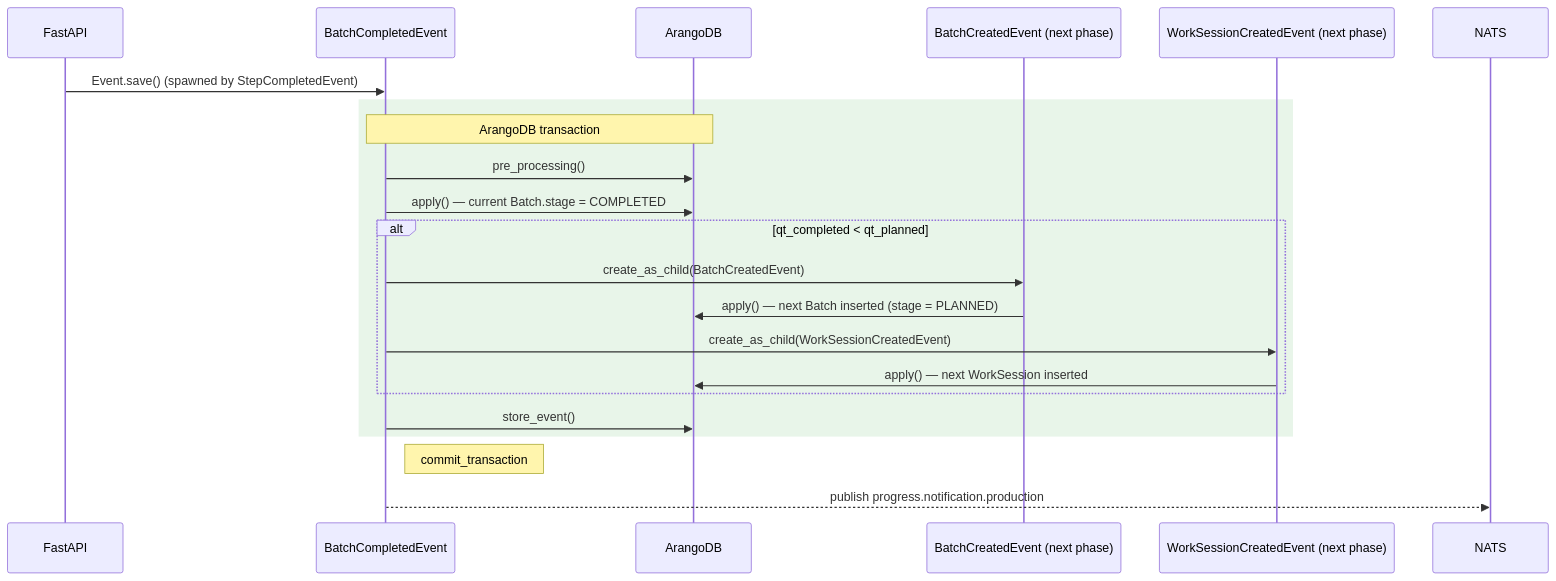
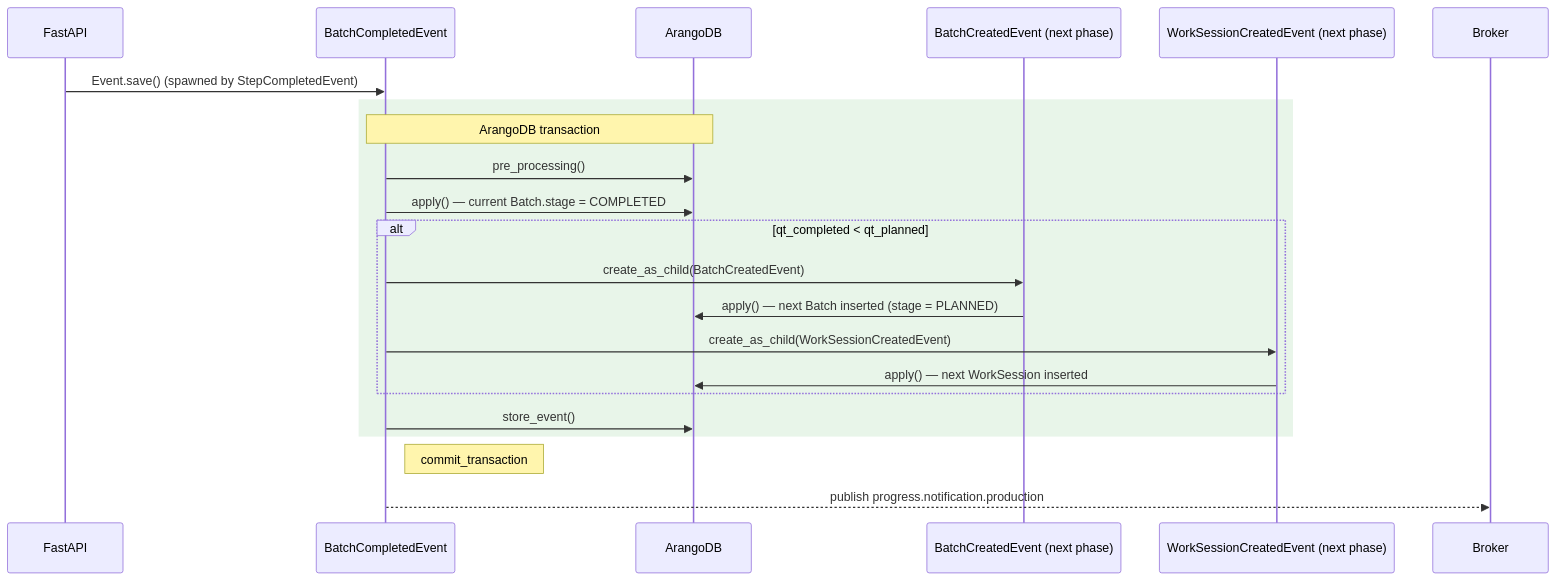
One commit to ProgressLabIT/progress-platform changed the diagram in docs/events/production/batch-completed-fanout.md. Above: the diagram before and after it, drawn with Mermaid. The commit also changed 13 other files, not shown here.

First line of the commit message:
docs: v1.1 remaining NATS→broker fixes (Mermaid diagrams + prose)

````diff
--- a/docs/events/production/batch-completed-fanout.md
+++ b/docs/events/production/batch-completed-fanout.md
@@ -31,27 +31,27 @@
 ```mermaid
 sequenceDiagram
   participant API as FastAPI
   participant BC as BatchCompletedEvent
   participant DB as ArangoDB
   participant NB as BatchCreatedEvent (next phase)
   participant NW as WorkSessionCreatedEvent (next phase)
-  participant N as NATS
+  participant N as Broker
 
   API->>BC: Event.save() (spawned by StepCompletedEvent)
 
   rect rgb(232, 245, 233)
     Note over BC,DB: ArangoDB transaction
     BC->>DB: pre_processing()
     BC->>DB: apply() — current Batch.stage = COMPLETED
     alt qt_completed < qt_planned
       BC->>NB: create_as_child(BatchCreatedEvent)
       NB->>DB: apply() — next Batch inserted (stage = PLANNED)
       BC->>NW: create_as_child(WorkSessionCreatedEvent)
       NW->>DB: apply() — next WorkSession inserted
     end
     BC->>DB: store_event()
   end
   Note right of BC: commit_transaction
 
   BC-->>N: publish progress.notification.production
 ```
````
